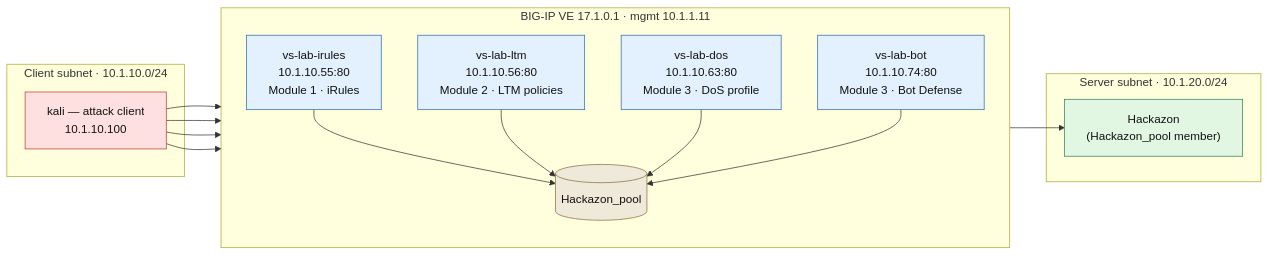
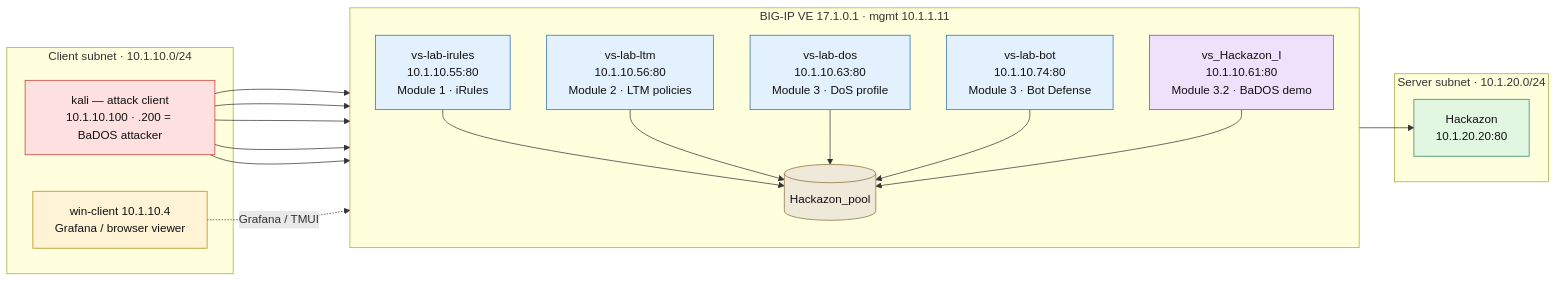
One commit to snowblind-/BIG-IP-L7DoS-Lab changed the diagram in README.md. Above: the diagram before and after it, drawn with Mermaid. The commit also changed 2 other files, not shown here.

Commit message:
Add updated lab endpoints to the topology diagrams
Show the full current picture in the README Mermaid + the index/lab-topology
text diagrams: add vs_Hackazon_I (10.1.10.61, Module 3.2 BaDOS demo VS used by
Lab 2), the real backend member (Hackazon 10.1.20.20), kali's .200 attacker
source, and win-client (10.1.10.4) as the Grafana/browser viewer.

````diff
--- a/README.md
+++ b/README.md
@@ -17,28 +17,33 @@
 ```mermaid
 flowchart LR
     subgraph cl["Client subnet · 10.1.10.0/24"]
-        kali["kali — attack client<br/>10.1.10.100"]:::attacker
+        kali["kali — attack client<br/>10.1.10.100 · .200 = BaDOS attacker"]:::attacker
+        win["win-client 10.1.10.4<br/>Grafana / browser viewer"]:::client
     end
 
     subgraph bigip["BIG-IP VE 17.1.0.1 · mgmt 10.1.1.11"]
         direction TB
         v1["vs-lab-irules<br/>10.1.10.55:80<br/>Module 1 · iRules"]:::vip
         v2["vs-lab-ltm<br/>10.1.10.56:80<br/>Module 2 · LTM policies"]:::vip
         v3["vs-lab-dos<br/>10.1.10.63:80<br/>Module 3 · DoS profile"]:::vip
         v4["vs-lab-bot<br/>10.1.10.74:80<br/>Module 3 · Bot Defense"]:::vip
+        v5["vs_Hackazon_I<br/>10.1.10.61:80<br/>Module 3.2 · BaDOS demo"]:::demo
         pool[("Hackazon_pool")]:::pool
     end
 
     subgraph sv["Server subnet · 10.1.20.0/24"]
-        hack["Hackazon<br/>(Hackazon_pool member)"]:::backend
+        hack["Hackazon<br/>10.1.20.20:80"]:::backend
     end
 
-    kali --> v1 & v2 & v3 & v4
-    v1 & v2 & v3 & v4 --> pool
+    kali --> v1 & v2 & v3 & v4 & v5
+    v1 & v2 & v3 & v4 & v5 --> pool
     pool --> hack
+    win -. "Grafana / TMUI" .-> bigip
 
     classDef attacker fill:#ffe0e0,stroke:#c0392b,color:#111
+    classDef client fill:#fff3d6,stroke:#b8860b,color:#111
     classDef vip fill:#e3f0fd,stroke:#2b6cb0,color:#111
+    classDef demo fill:#efe0fb,stroke:#7b3fbf,color:#111
     classDef pool fill:#efe9d9,stroke:#8a6d3b,color:#111
     classDef backend fill:#e2f7e2,stroke:#2f855a,color:#111
 ```
````
